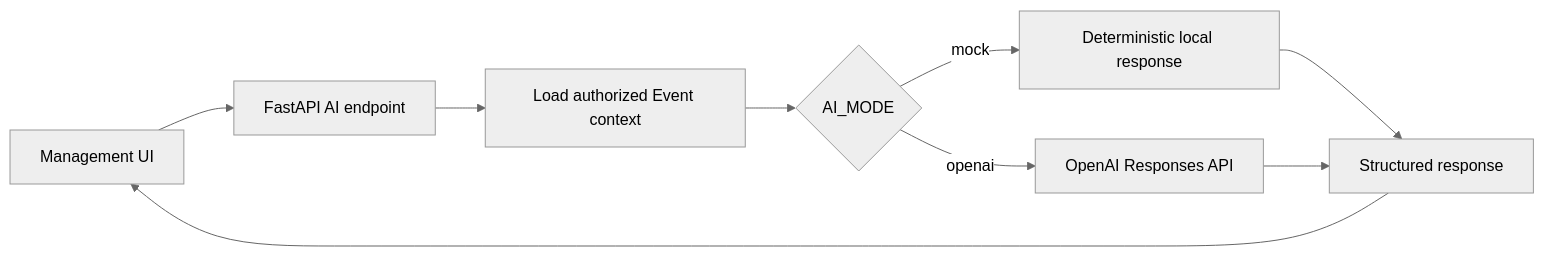
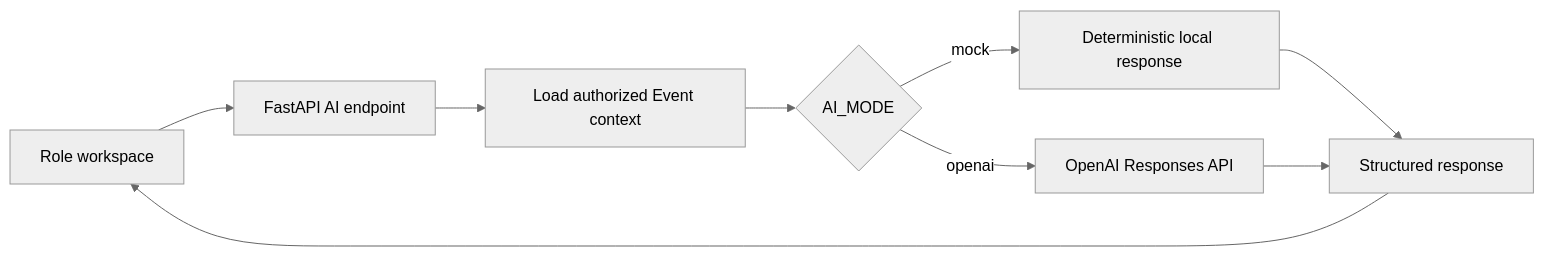
The sixth of 7 diagrams in docs/ARCHITECTURE.md (phnglnh1526/event-manager-ai), drawn with Mermaid (neutral theme) before and after one commit. The commit also changed other lines of this file and 20 other files, not shown here.

````diff
--- a/docs/ARCHITECTURE.md
+++ b/docs/ARCHITECTURE.md
@@ -188,11 +189,11 @@
 ```mermaid
 flowchart LR
-    UI[Management UI] --> API[FastAPI AI endpoint]
+    UI[Role workspace] --> API[FastAPI AI endpoint]
     API --> Context[Load authorized Event context]
     Context --> Mode{AI_MODE}
     Mode -->|mock| Local[Deterministic local response]
     Mode -->|openai| OpenAI[OpenAI Responses API]
     Local --> Result[Structured response]
     OpenAI --> Result
     Result --> UI
 ```
````
